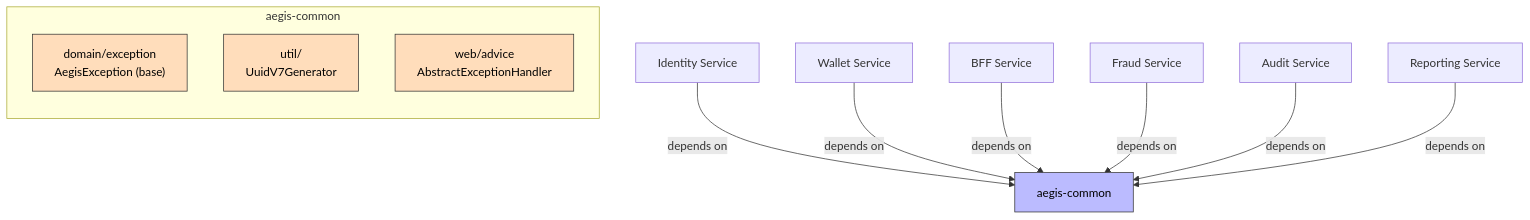
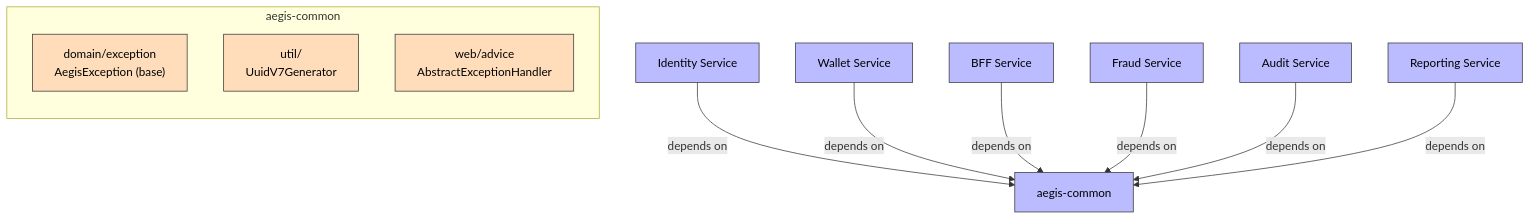
The diagram in docs/obsidian/01 - Services/Common Module.md (AlexAlvarezGallardo-GitHub/Aegis), drawn with Mermaid before and after one commit. The commit also changed other lines of this file and 87 other files, not shown here.

````diff
--- a/docs/obsidian/01 - Services/Common Module.md
+++ b/docs/obsidian/01 - Services/Common Module.md
@@ -13,19 +13,25 @@
 ```mermaid
 graph TB
     subgraph "aegis-common"
         direction TB
         Domain["domain/exception<br/>AegisException (base)"]
         Util["util/<br/>UuidV7Generator"]
         Web["web/advice<br/>AbstractExceptionHandler"]
     end
     Identity["Identity Service"] -->|depends on| Common["aegis-common"]
     Wallet["Wallet Service"] -->|depends on| Common
     BFF["BFF Service"] -->|depends on| Common
     Fraud["Fraud Service"] -->|depends on| Common
     Audit["Audit Service"] -->|depends on| Common
     Reporting["Reporting Service"] -->|depends on| Common
     style Common fill:#bbf,stroke:#333,color:#000
+    style Identity fill:#bbf,stroke:#333,color:#000
+    style Wallet fill:#bbf,stroke:#333,color:#000
+    style BFF fill:#bbf,stroke:#333,color:#000
+    style Fraud fill:#bbf,stroke:#333,color:#000
+    style Audit fill:#bbf,stroke:#333,color:#000
+    style Reporting fill:#bbf,stroke:#333,color:#000
     style Domain fill:#fdb,stroke:#333,color:#000
     style Util fill:#fdb,stroke:#333,color:#000
     style Web fill:#fdb,stroke:#333,color:#000
 ```
````
